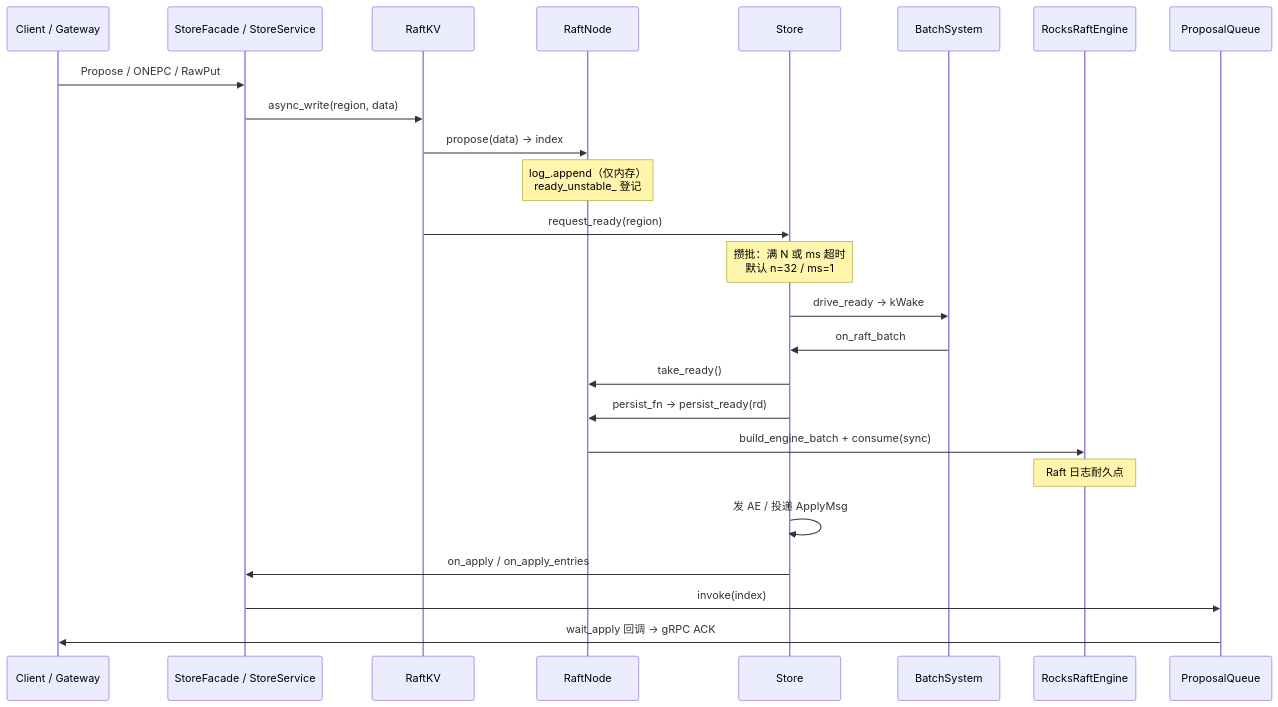
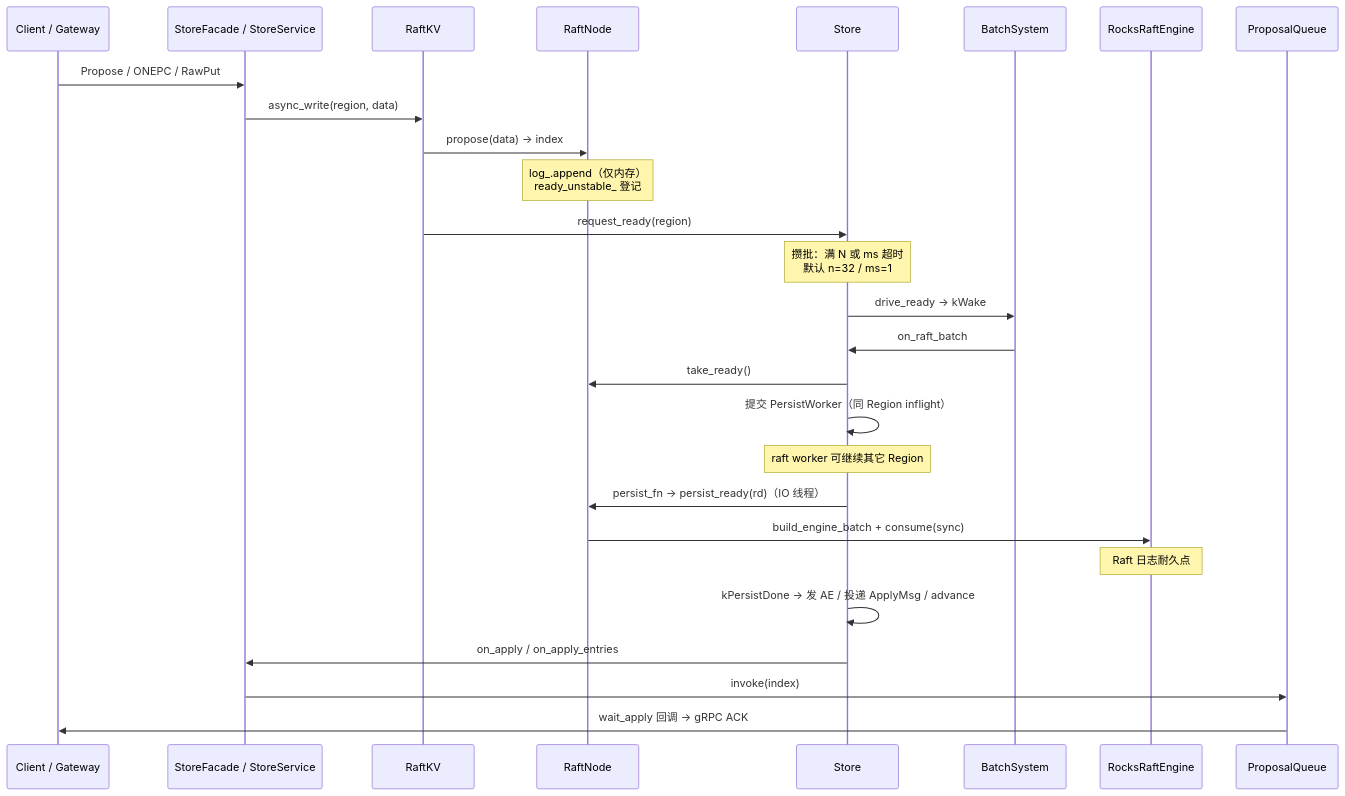
One commit to devotionalist/openkv changed the first of 2 diagrams in docs/flows/36-propose-ack-durability.md. Above: the diagram before and after it, drawn with Mermaid. The commit also changed 37 other files, not shown here.

First line of the commit message:
Add PersistWorker async Ready IO and drop unused request_id idempotency.

````diff
--- a/docs/flows/36-propose-ack-durability.md
+++ b/docs/flows/36-propose-ack-durability.md
@@ -33,28 +33,30 @@
 ```mermaid
 sequenceDiagram
   participant C as Client / Gateway
   participant SF as StoreFacade / StoreService
   participant KV as RaftKV
   participant RN as RaftNode
   participant ST as Store
   participant BS as BatchSystem
   participant Eng as RocksRaftEngine
   participant PQ as ProposalQueue
 
   C->>SF: Propose / ONEPC / RawPut
   SF->>KV: async_write(region, data)
   KV->>RN: propose(data) → index
   Note over RN: log_.append（仅内存）<br/>ready_unstable_ 登记
   KV->>ST: request_ready(region)
   Note over ST: 攒批：满 N 或 ms 超时<br/>默认 n=32 / ms=1
   ST->>BS: drive_ready → kWake
   BS->>ST: on_raft_batch
   ST->>RN: take_ready()
-  ST->>RN: persist_fn → persist_ready(rd)
+  ST->>ST: 提交 PersistWorker（同 Region inflight）
+  Note over ST: raft worker 可继续其它 Region
+  ST->>RN: persist_fn → persist_ready(rd)（IO 线程）
   RN->>Eng: build_engine_batch + consume(sync)
   Note over Eng: Raft 日志耐久点
-  ST->>ST: 发 AE / 投递 ApplyMsg
+  ST->>ST: kPersistDone → 发 AE / 投递 ApplyMsg / advance
   ST->>SF: on_apply / on_apply_entries
   SF->>PQ: invoke(index)
   PQ->>C: wait_apply 回调 → gRPC ACK
 ```
````
